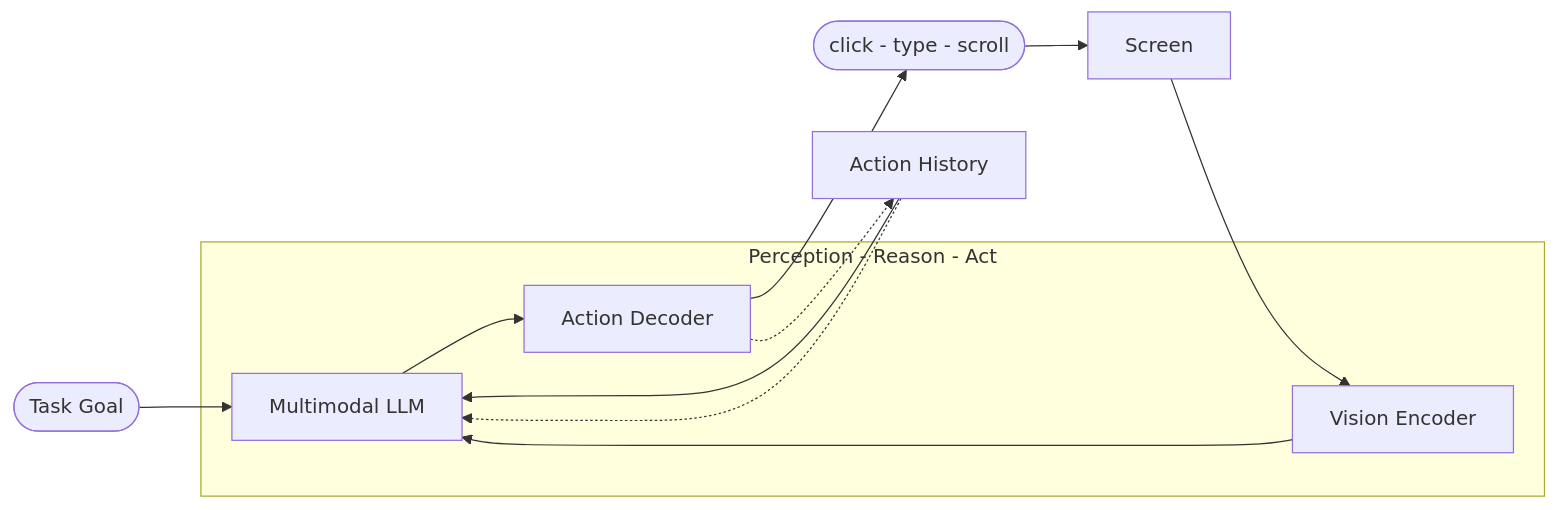
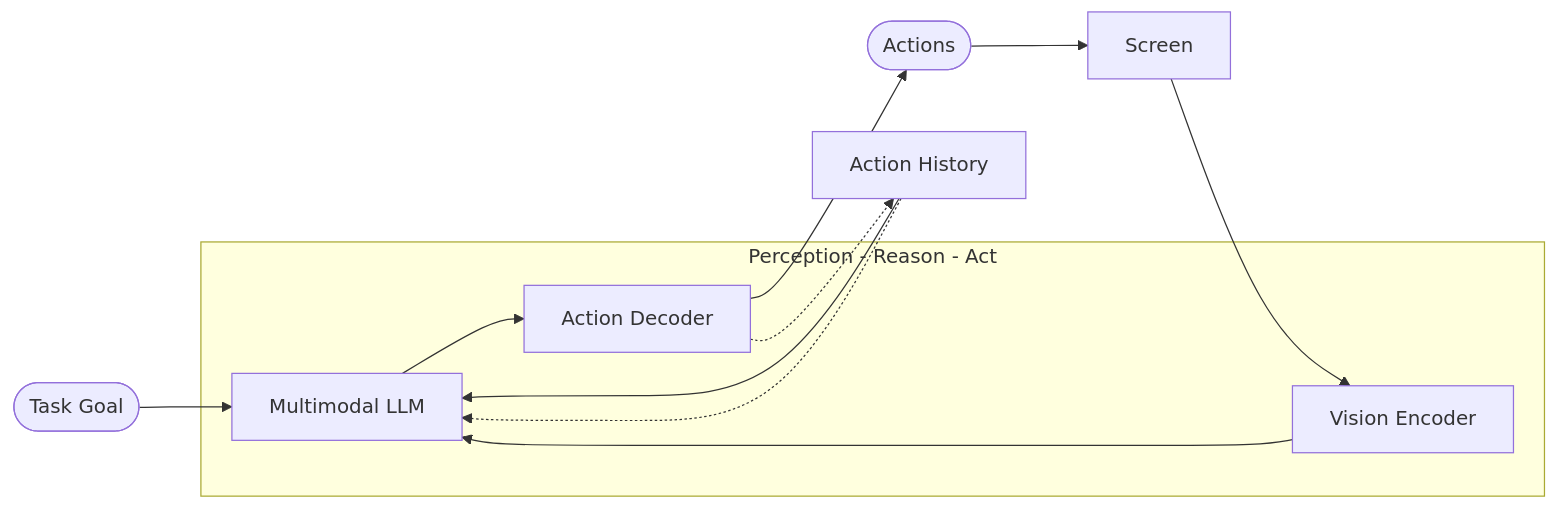
The diagram in sumehta.github.io/_posts/2026-05-30-computer-use-agents.md (sumehta/sumehta.github.io), drawn with Mermaid before and after one commit. The commit also changed other lines of this file, not shown here.

First line of the commit message:
Fix Mermaid rendering: nomarkdown wrapper and pin to v10

```diff
--- a/sumehta.github.io/_posts/2026-05-30-computer-use-agents.md
+++ b/sumehta.github.io/_posts/2026-05-30-computer-use-agents.md
@@ -52,22 +53,22 @@
 <div class="mermaid">
 flowchart LR
     goal([Task Goal])
     screen[Screen]
     history[Action History]
-    output([click - type - scroll])
+    output([Actions])
 
     subgraph agent[Perception - Reason - Act]
         perceive[Vision Encoder]
         reason[Multimodal LLM]
         act[Action Decoder]
         perceive --> reason --> act
     end
 
     goal --> reason
     screen --> perceive
     history --> reason
     act --> output
     output --> screen
     act -.-> history
     history -.-> reason
 </div>
```
